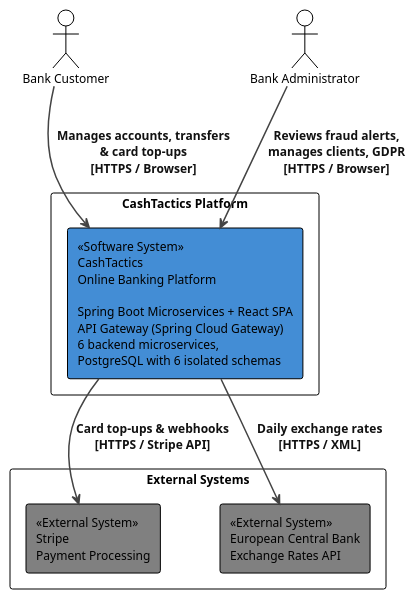
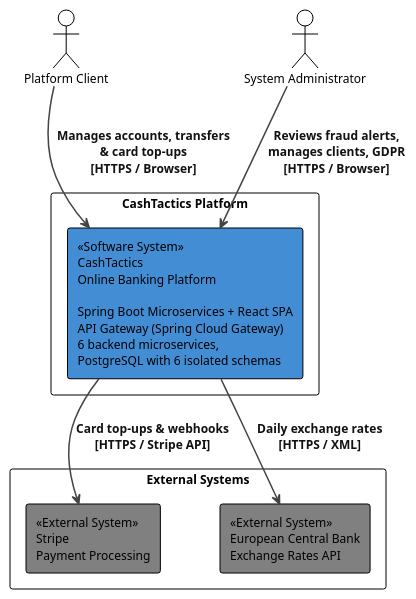
The diagram in docs/architecture/chapter4/system-context.puml (TurcanuTeodor/Online-Internet-Banking), drawn with PlantUML before and after one commit. The commit also changed 6 other files, not shown here.

```diff
--- a/docs/architecture/chapter4/system-context.puml
+++ b/docs/architecture/chapter4/system-context.puml
@@ -1,39 +1,39 @@
 @startuml System_Context
 !theme plain
 top to bottom direction
 skinparam backgroundColor white
 skinparam defaultFontName "Segoe UI"
 skinparam defaultFontSize 12
 skinparam shadowing false
 skinparam nodesep 60
 skinparam ranksep 80
 skinparam packageStyle rectangle
 
 ' Arrow styling
 skinparam ArrowFontSize 12
 skinparam ArrowFontStyle bold
 skinparam ArrowFontColor #111111
 skinparam ArrowColor #444444
 skinparam ArrowThickness 1.5
 
-actor "Bank Customer" as USER
-actor "Bank Administrator" as ADMIN
+actor "Platform Client" as USER
+actor "System Administrator" as ADMIN
 
 package "CashTactics Platform" {
 	rectangle "<<Software System>>\nCashTactics\nOnline Banking Platform\n\nSpring Boot Microservices + React SPA\nAPI Gateway (Spring Cloud Gateway)\n6 backend microservices,\nPostgreSQL with 6 isolated schemas" as SYSTEM #438DD5
 }
 
 package "External Systems" {
 	rectangle "<<External System>>\nStripe\nPayment Processing" as STRIPE #gray
 	rectangle "<<External System>>\nEuropean Central Bank\nExchange Rates API" as ECB #gray
 }
 
 USER --> SYSTEM : "Manages accounts, transfers\n& card top-ups\n[HTTPS / Browser]"
 
 ADMIN --> SYSTEM : "Reviews fraud alerts,\nmanages clients, GDPR\n[HTTPS / Browser]"
 
 SYSTEM --> STRIPE : "Card top-ups & webhooks\n[HTTPS / Stripe API]"
 
 SYSTEM --> ECB : "Daily exchange rates\n[HTTPS / XML]"
 
 @enduml
```
